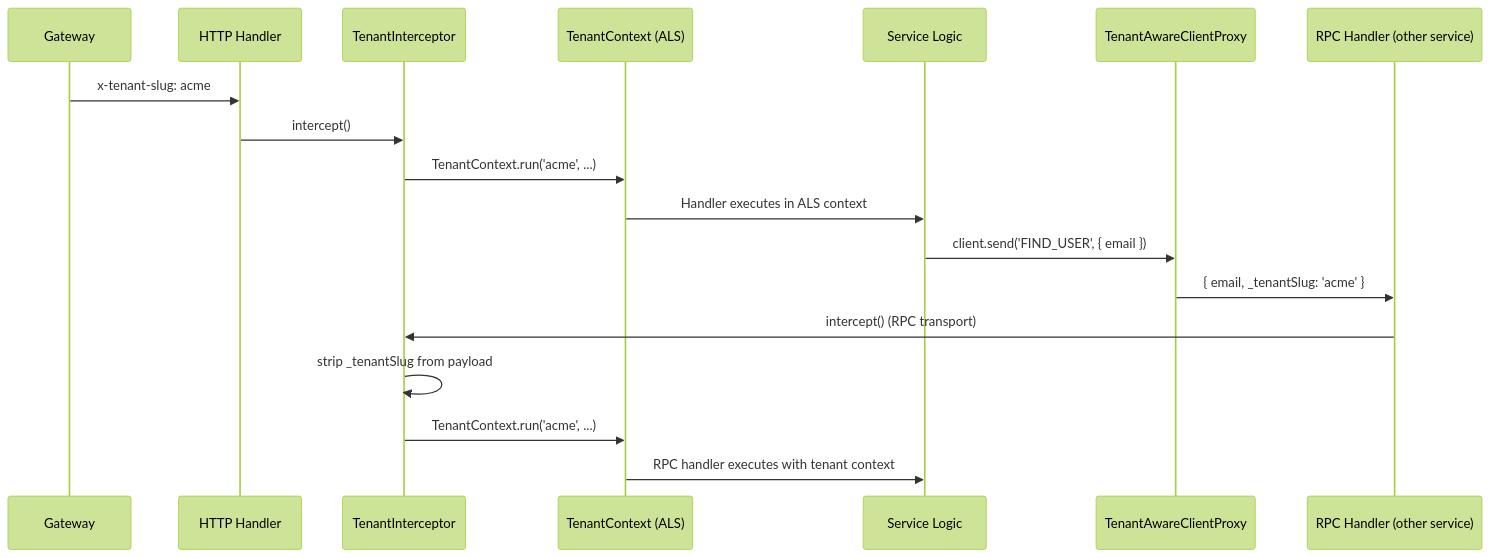
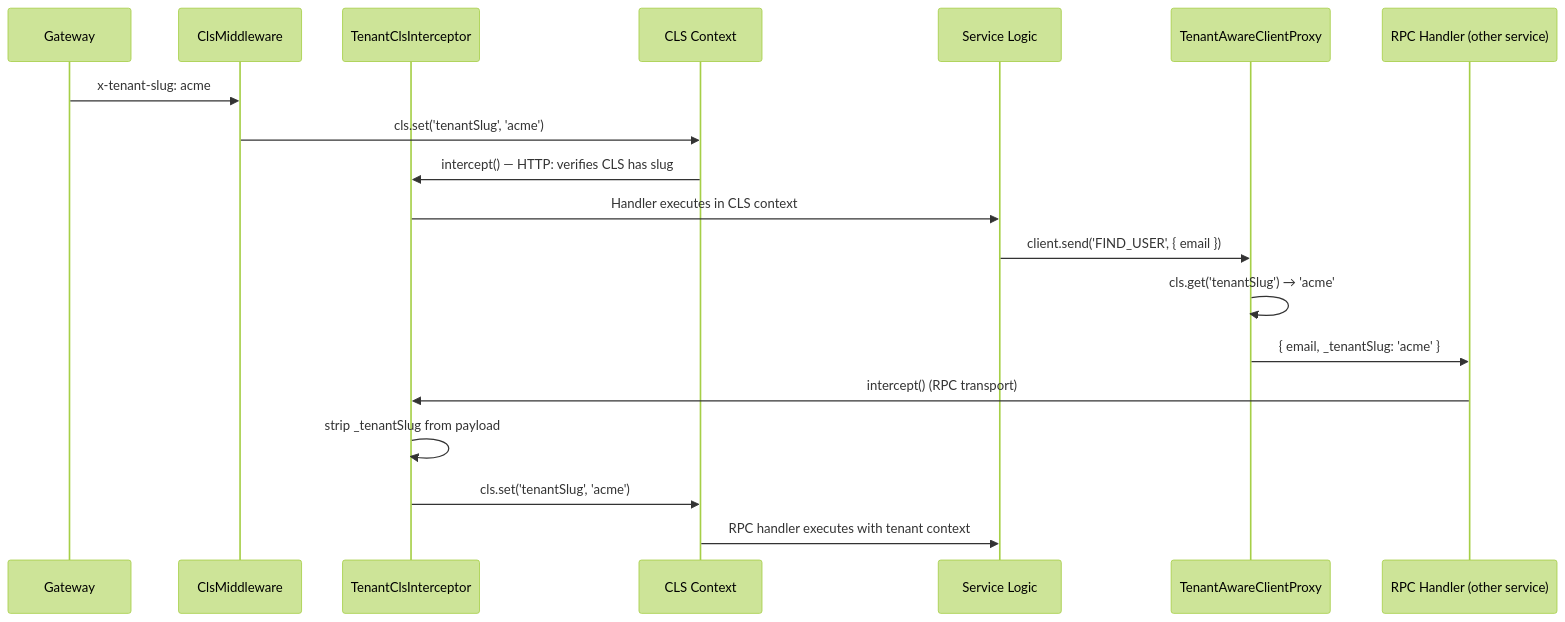
The second of 4 diagrams in docs/shared/service-common.md (CucuProject/cucu-docs), drawn with Mermaid (forest theme) before and after one commit. The commit also changed other lines of this file and 14 other files, not shown here.

First line of the commit message:
docs: update for nestjs-cls migration, JWT middleware, and auth orchestrator changes

````diff
--- a/docs/shared/service-common.md
+++ b/docs/shared/service-common.md
@@ -143,21 +147,22 @@
 ```mermaid
 sequenceDiagram
     participant GW as Gateway
-    participant HTTP as HTTP Handler
-    participant TI as TenantInterceptor
-    participant ALS as TenantContext (ALS)
+    participant ClsMw as ClsMiddleware
+    participant TCI as TenantClsInterceptor
+    participant CLS as CLS Context
     participant SVC as Service Logic
     participant TAP as TenantAwareClientProxy
     participant RPC as RPC Handler (other service)
 
-    GW->>HTTP: x-tenant-slug: acme
-    HTTP->>TI: intercept()
-    TI->>ALS: TenantContext.run('acme', ...)
-    ALS->>SVC: Handler executes in ALS context
+    GW->>ClsMw: x-tenant-slug: acme
+    ClsMw->>CLS: cls.set('tenantSlug', 'acme')
+    CLS->>TCI: intercept() — HTTP: verifies CLS has slug
+    TCI->>SVC: Handler executes in CLS context
     SVC->>TAP: client.send('FIND_USER', { email })
+    TAP->>TAP: cls.get('tenantSlug') → 'acme'
     TAP->>RPC: { email, _tenantSlug: 'acme' }
-    RPC->>TI: intercept() (RPC transport)
-    TI->>TI: strip _tenantSlug from payload
-    TI->>ALS: TenantContext.run('acme', ...)
-    ALS->>SVC: RPC handler executes with tenant context
+    RPC->>TCI: intercept() (RPC transport)
+    TCI->>TCI: strip _tenantSlug from payload
+    TCI->>CLS: cls.set('tenantSlug', 'acme')
+    CLS->>SVC: RPC handler executes with tenant context
 ```
````
